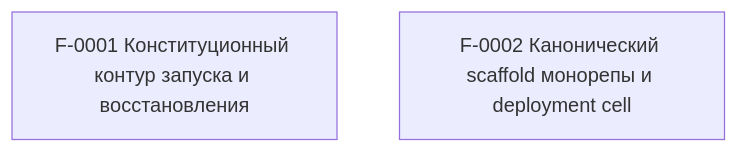
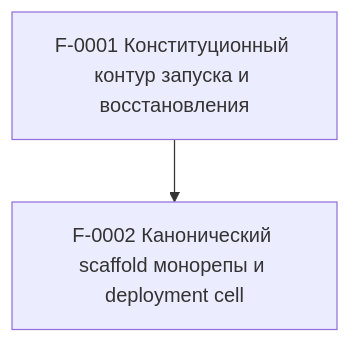
Before and after one commit to kostysh/yaagi: the diagram in docs/ssot/index.md, drawn with Mermaid. The commit also changed other lines of this file and 40 other files, not shown here.

````diff
--- a/docs/ssot/index.md
+++ b/docs/ssot/index.md
@@ -20,5 +20,6 @@
 ```mermaid
 graph TD
   F0001["F-0001 Конституционный контур запуска и восстановления"]
   F0002["F-0002 Канонический scaffold монорепы и deployment cell"]
+  F0001 --> F0002
 ```
````
